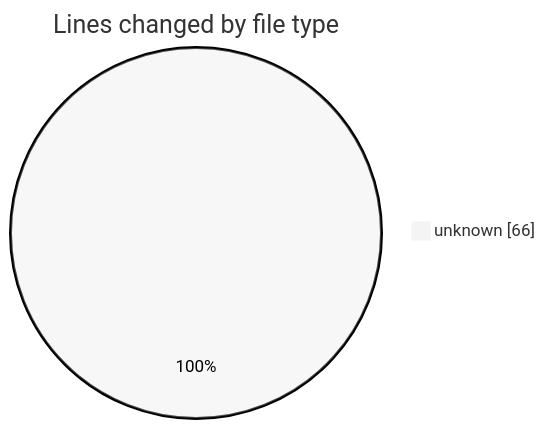
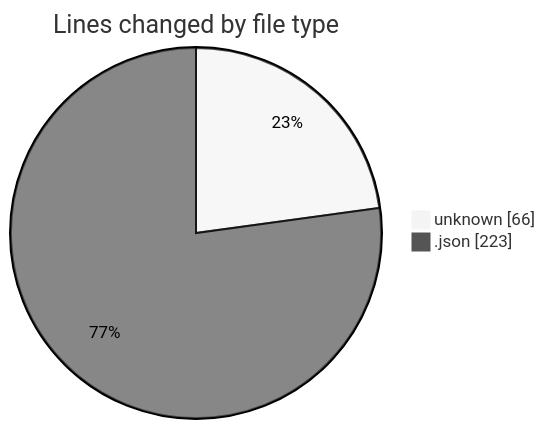
One commit to idhammustaqopulfikri/code-tracking changed the first of 2 diagrams in 2025-03-26/autodidak/README.md. Above: the diagram before and after it, drawn with Mermaid (neutral theme). The commit also changed other lines of this file and 1 other file, not shown here.

````diff
--- a/2025-03-26/autodidak/README.md
+++ b/2025-03-26/autodidak/README.md
@@ -20,5 +21,6 @@
 ```mermaid
 pie showData
 title Lines changed by file type
 "unknown" : 66
+".json" : 223
 ```
````
